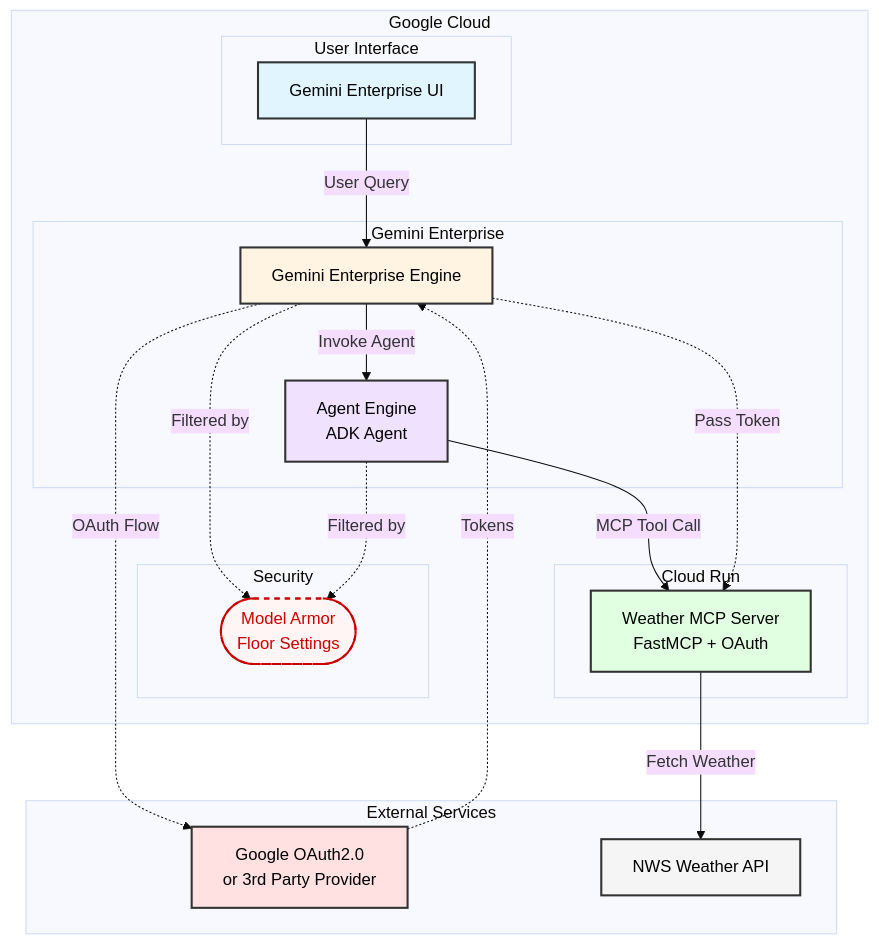
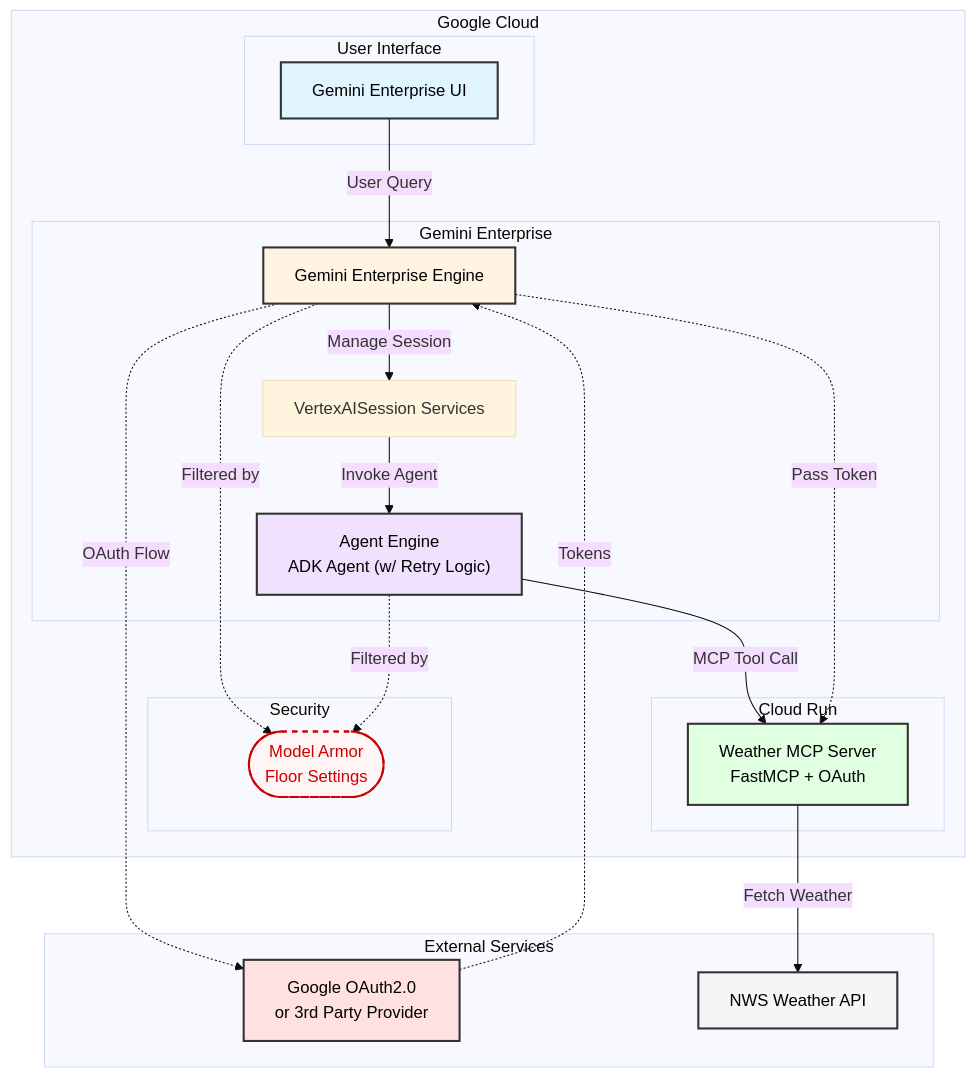
The diagram in README.md (wadave/agent-solution-ops), drawn with Mermaid (base theme) before and after one commit. The commit also changed other lines of this file and 1 other file, not shown here.

Commit message:
chore:update readme for adding session service

````diff
--- a/README.md
+++ b/README.md
@@ -60,48 +61,50 @@
 ```mermaid
 graph TB
     subgraph "Google Cloud"
         subgraph "User Interface"
         UI["Gemini Enterprise UI"]
         end
 
         subgraph "Security"
             MA(["Model Armor<br/>Floor Settings"])
         end
 
         subgraph "Gemini Enterprise"
             AS["Gemini Enterprise Engine"]
-            RE["Agent Engine<br/>ADK Agent"]
+            VS["VertexAISession Services"]
+            RE["Agent Engine<br/>ADK Agent (w/ Retry Logic)"]
         end
 
         subgraph "Cloud Run"
             MCP["Weather MCP Server<br/>FastMCP + OAuth"]
         end
 
     end
 
     subgraph "External Services"
             OAUTH["Google OAuth2.0
             or 3rd Party Provider"]
             NWS["NWS Weather API"]
         end
 
     UI -->|User Query| AS
-    AS -->|Invoke Agent| RE
+    AS -->|Manage Session| VS
+    VS -->|Invoke Agent| RE
     RE -->|MCP Tool Call| MCP
     MCP -->|Fetch Weather| NWS
 
     AS -.->|Filtered by| MA
     RE -.->|Filtered by| MA
 
     AS -.->|OAuth Flow| OAUTH
     OAUTH -.->|Tokens| AS
     AS -.->|Pass Token| MCP
 
     style UI fill:#e1f5ff,stroke:#333,stroke-width:2px,color:#000
     style AS fill:#fff4e1,stroke:#333,stroke-width:2px,color:#000
     style RE fill:#f0e1ff,stroke:#333,stroke-width:2px,color:#000
     style MCP fill:#e1ffe1,stroke:#333,stroke-width:2px,color:#000
     style OAUTH fill:#ffe1e1,stroke:#333,stroke-width:2px,color:#000
     style NWS fill:#f5f5f5,stroke:#333,stroke-width:2px,color:#000
     style MA fill:#fff5f5,stroke:#cc0000,stroke-width:2px,stroke-dasharray: 5 5,color:#cc0000
 ```
````
